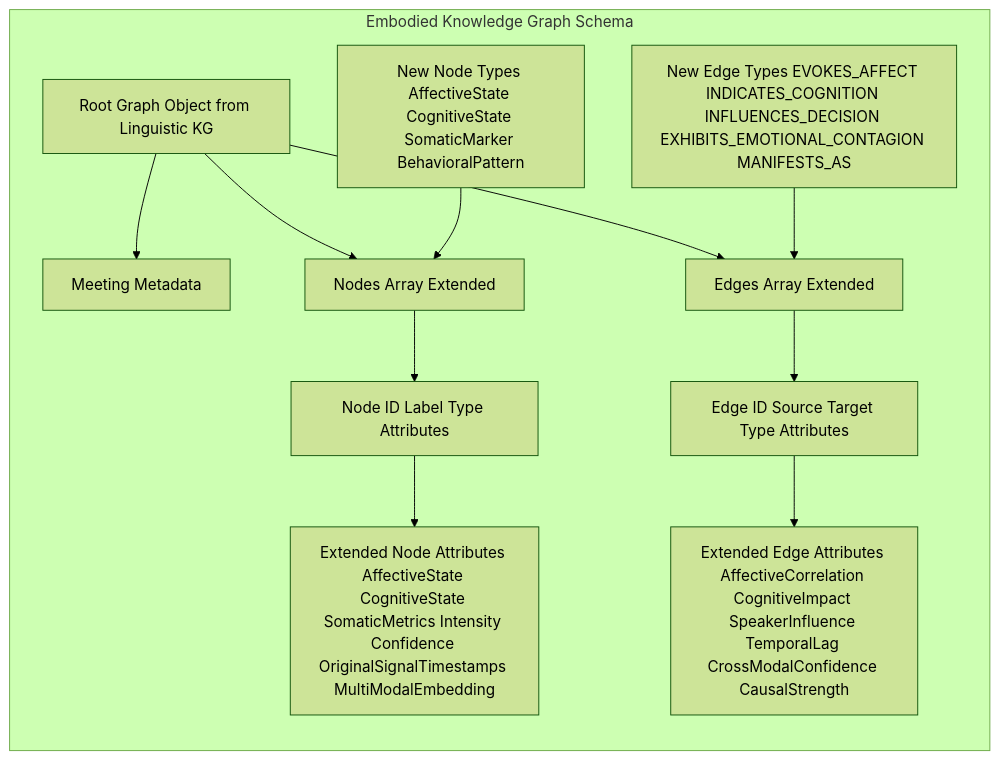
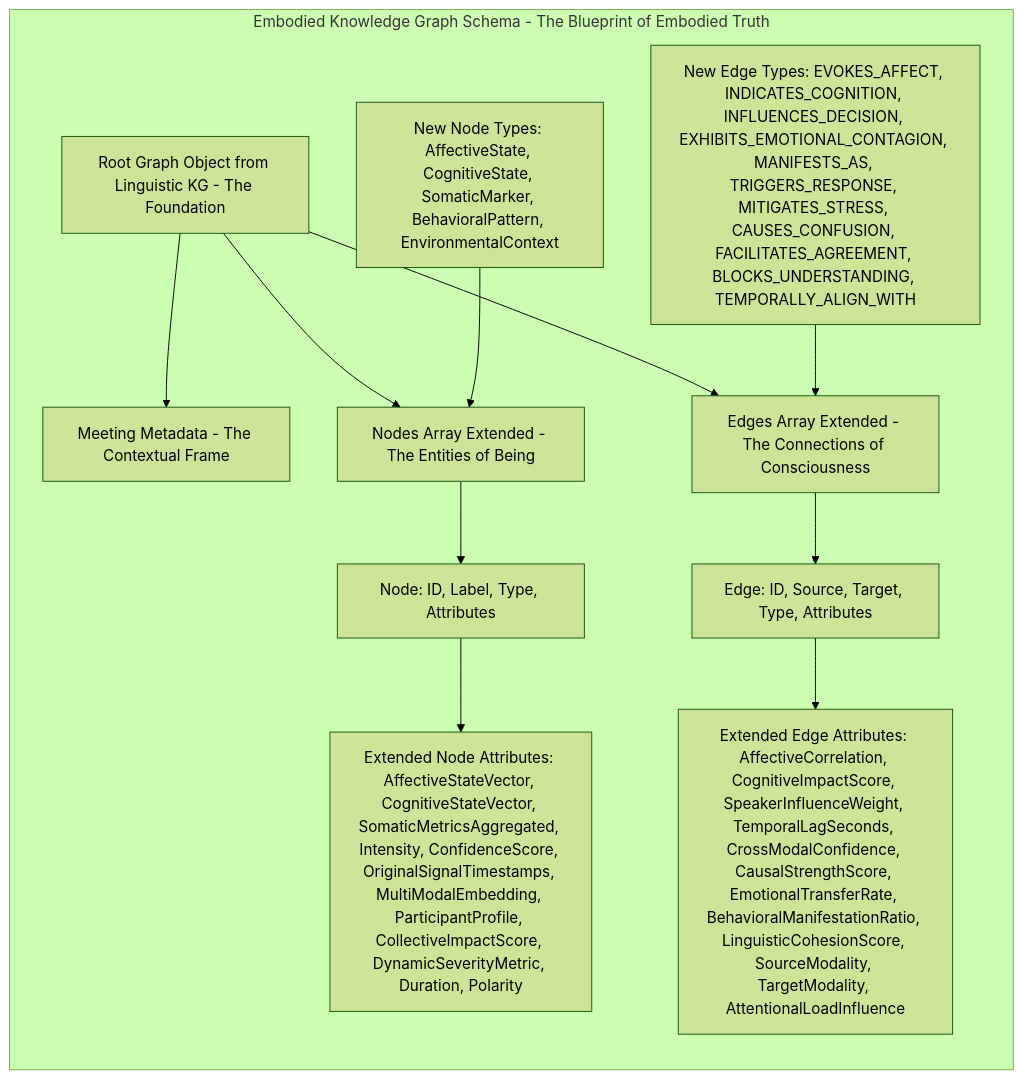
The sixth of 9 diagrams in inventions/inventions/012_holographic_meeting_scribe/014_multimodal_somatic_cognitive_graph_integration.md (diplomat-bit/Citibank_Demo_Business_Inc_Demonstration-), drawn with Mermaid (forest theme) before and after one commit. The commit also changed other lines of this file, not shown here.

````diff
--- a/inventions/inventions/012_holographic_meeting_scribe/014_multimodal_somatic_cognitive_graph_integration.md
+++ b/inventions/inventions/012_holographic_meeting_scribe/014_multimodal_somatic_cognitive_graph_integration.md
@@ -420,24 +442,24 @@
 ```mermaid
 graph LR
-    subgraph Embodied Knowledge Graph Schema
-        LKG_ROOT[Root Graph Object from Linguistic KG]
-        NODE_TYPES_ADD[New Node Types AffectiveState CognitiveState SomaticMarker BehavioralPattern];
-        EDGE_TYPES_ADD[New Edge Types EVOKES_AFFECT INDICATES_COGNITION INFLUENCES_DECISION EXHIBITS_EMOTIONAL_CONTAGION MANIFESTS_AS];
+    subgraph Embodied Knowledge Graph Schema - The Blueprint of Embodied Truth
+        LKG_ROOT[Root Graph Object from Linguistic KG - The Foundation]
+        NODE_TYPES_ADD[New Node Types: AffectiveState, CognitiveState, SomaticMarker, BehavioralPattern, EnvironmentalContext];
+        EDGE_TYPES_ADD[New Edge Types: EVOKES_AFFECT, INDICATES_COGNITION, INFLUENCES_DECISION, EXHIBITS_EMOTIONAL_CONTAGION, MANIFESTS_AS, TRIGGERS_RESPONSE, MITIGATES_STRESS, CAUSES_CONFUSION, FACILITATES_AGREEMENT, BLOCKS_UNDERSTANDING, TEMPORALLY_ALIGN_WITH];
 
-        NODE_ATTRIBUTES_EXT[Extended Node Attributes AffectiveState CognitiveState SomaticMetrics Intensity Confidence OriginalSignalTimestamps MultiModalEmbedding];
-        EDGE_ATTRIBUTES_EXT[Extended Edge Attributes AffectiveCorrelation CognitiveImpact SpeakerInfluence TemporalLag CrossModalConfidence CausalStrength];
+        NODE_ATTRIBUTES_EXT[Extended Node Attributes: AffectiveStateVector, CognitiveStateVector, SomaticMetricsAggregated, Intensity, ConfidenceScore, OriginalSignalTimestamps, MultiModalEmbedding, ParticipantProfile, CollectiveImpactScore, DynamicSeverityMetric, Duration, Polarity];
+        EDGE_ATTRIBUTES_EXT[Extended Edge Attributes: AffectiveCorrelation, CognitiveImpactScore, SpeakerInfluenceWeight, TemporalLagSeconds, CrossModalConfidence, CausalStrengthScore, EmotionalTransferRate, BehavioralManifestationRatio, LinguisticCohesionScore, SourceModality, TargetModality, AttentionalLoadInfluence];
 
-        LKG_ROOT --> METADATA[Meeting Metadata];
-        LKG_ROOT --> NODES_ARRAY_EXT[Nodes Array Extended];
-        LKG_ROOT --> EDGES_ARRAY_EXT[Edges Array Extended];
+        LKG_ROOT --> METADATA[Meeting Metadata - The Contextual Frame];
+        LKG_ROOT --> NODES_ARRAY_EXT[Nodes Array Extended - The Entities of Being];
+        LKG_ROOT --> EDGES_ARRAY_EXT[Edges Array Extended - The Connections of Consciousness];
 
         NODE_TYPES_ADD --> NODES_ARRAY_EXT;
         EDGE_TYPES_ADD --> EDGES_ARRAY_EXT;
 
-        NODES_ARRAY_EXT --> N1[Node ID Label Type Attributes];
+        NODES_ARRAY_EXT --> N1[Node: ID, Label, Type, Attributes];
         N1 --> NODE_ATTRIBUTES_EXT;
 
-        EDGES_ARRAY_EXT --> E1[Edge ID Source Target Type Attributes];
+        EDGES_ARRAY_EXT --> E1[Edge: ID, Source, Target, Type, Attributes];
         E1 --> EDGE_ATTRIBUTES_EXT;
     end
 ```
````
